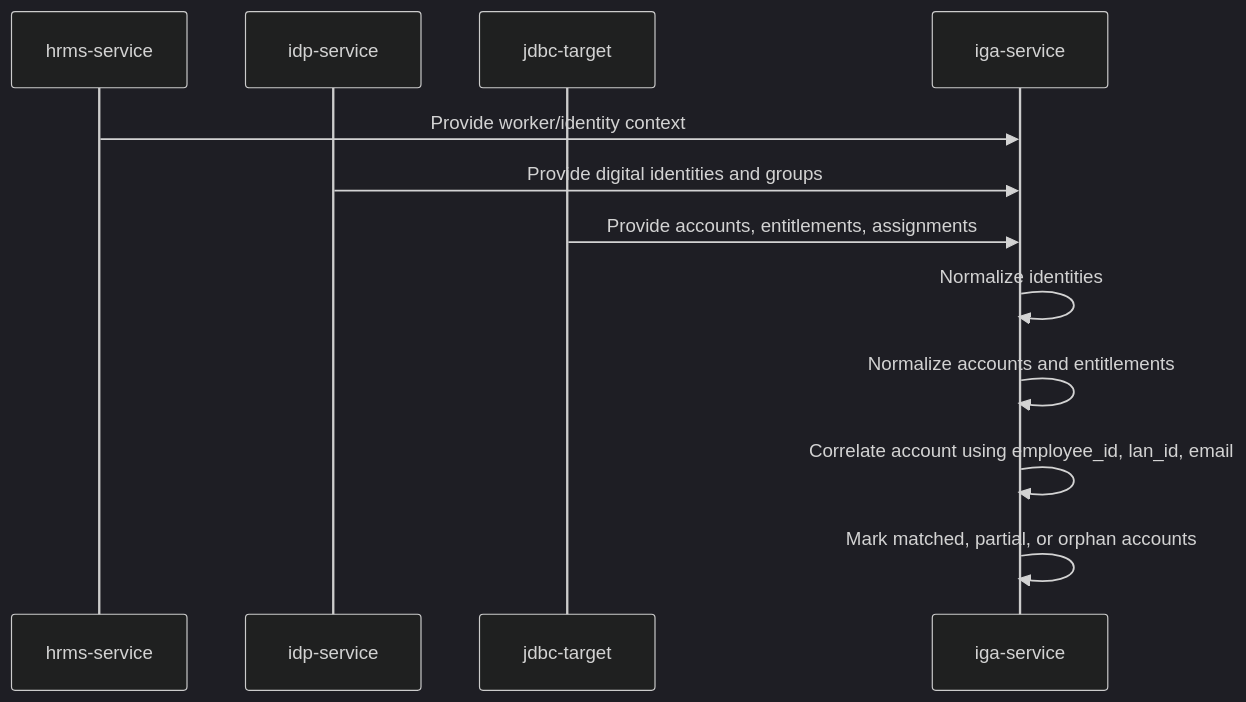
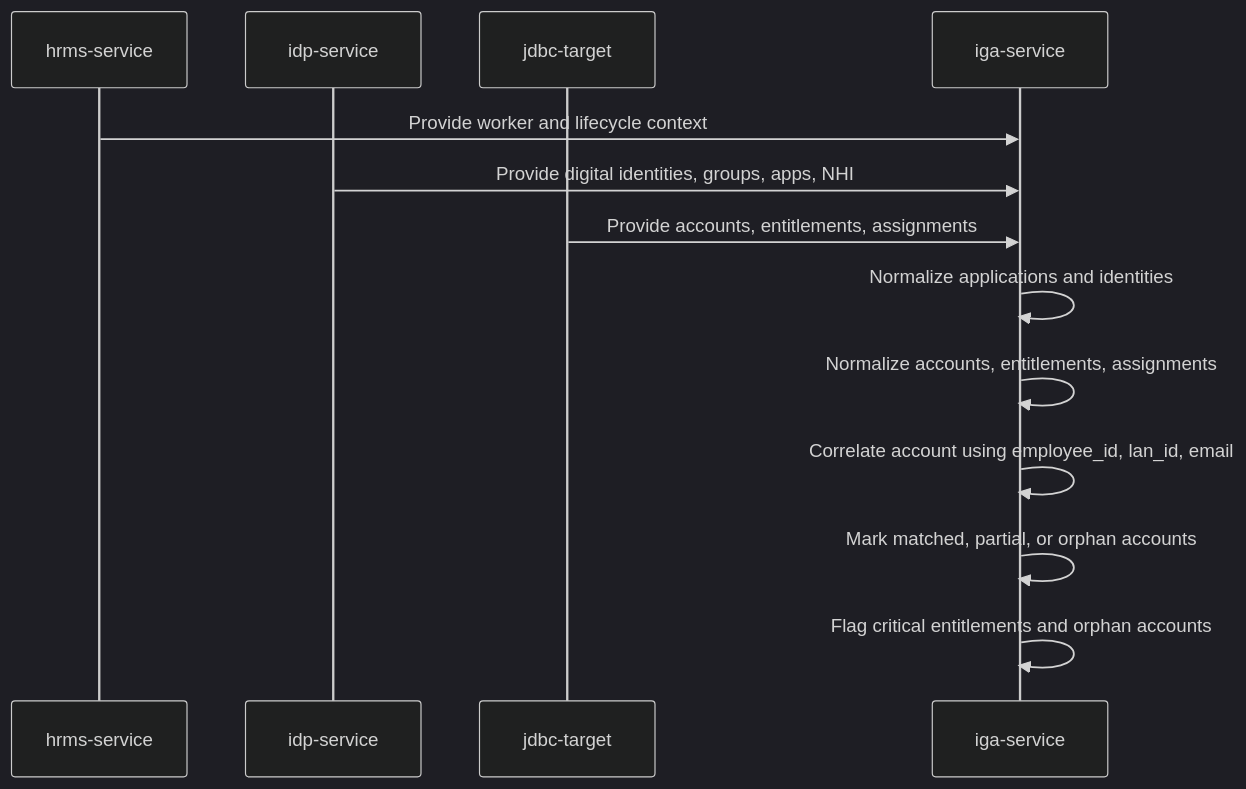
The fourth of 8 diagrams in apps/iga-service/docs/diagrams.md (i-m-rish/luffy), drawn with Mermaid (dark theme) before and after one commit. The commit also changed other lines of this file, not shown here.

Commit message:
Update IGA diagrams with source mapping and risk view

````diff
--- a/apps/iga-service/docs/diagrams.md
+++ b/apps/iga-service/docs/diagrams.md
@@ -97,15 +122,16 @@
 ```mermaid
 sequenceDiagram
     participant HRMS as hrms-service
     participant IDP as idp-service
     participant JDBC as jdbc-target
     participant IGA as iga-service
 
-    HRMS->>IGA: Provide worker/identity context
-    IDP->>IGA: Provide digital identities and groups
+    HRMS->>IGA: Provide worker and lifecycle context
+    IDP->>IGA: Provide digital identities, groups, apps, NHI
     JDBC->>IGA: Provide accounts, entitlements, assignments
-    IGA->>IGA: Normalize identities
-    IGA->>IGA: Normalize accounts and entitlements
+    IGA->>IGA: Normalize applications and identities
+    IGA->>IGA: Normalize accounts, entitlements, assignments
     IGA->>IGA: Correlate account using employee_id, lan_id, email
     IGA->>IGA: Mark matched, partial, or orphan accounts
+    IGA->>IGA: Flag critical entitlements and orphan accounts
 ```
````
